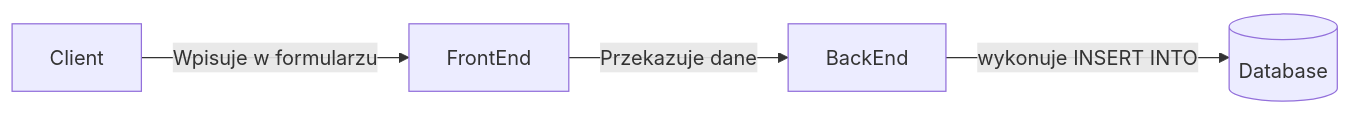
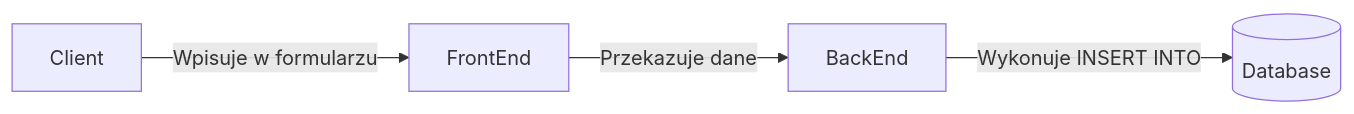
Before and after one commit to Kajiysor/UJ_WWW_Project_2: the second of 6 diagrams in README.md, drawn with Mermaid. The commit also changed other lines of this file and 3 other files, not shown here.

````diff
--- a/README.md
+++ b/README.md
@@ -38,8 +73,8 @@
 ```mermaid
 flowchart LR
     client[Client]
     backend[BackEnd]
     frontend[FrontEnd]
     db[(Database)]
-    client-->|Wpisuje w formularzu|frontend-->|Przekazuje dane|backend-->| wykonuje INSERT INTO|db
+    client-->|Wpisuje w formularzu|frontend-->|Przekazuje dane|backend-->|Wykonuje INSERT INTO|db
 ```
````
